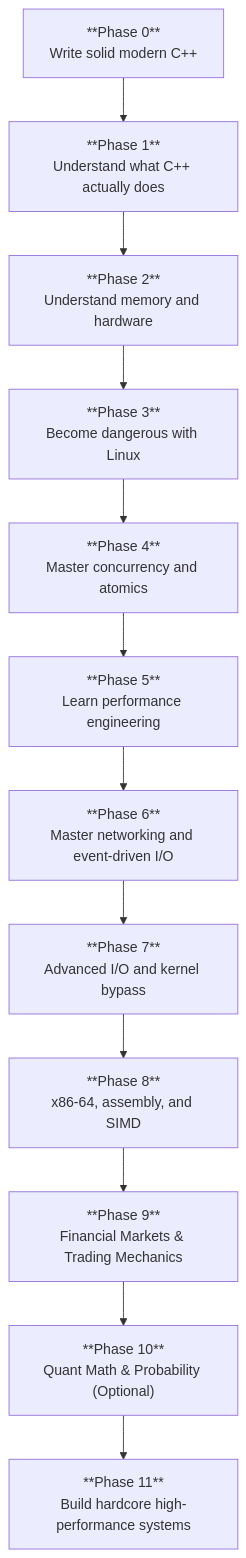
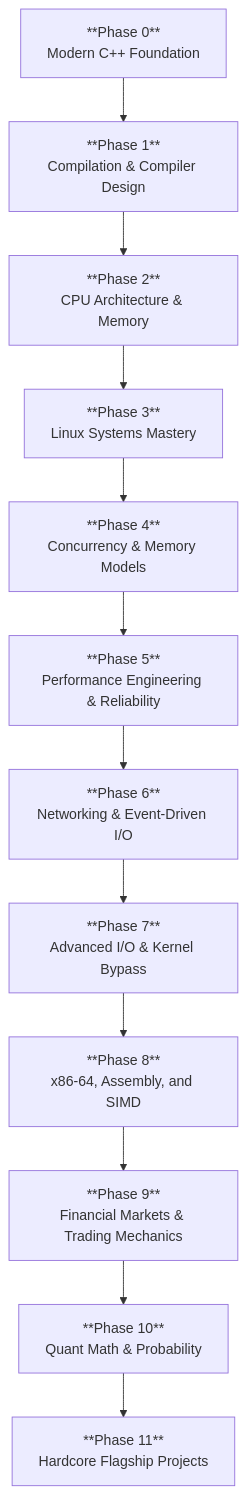
Before and after one commit to RustamSheoran/cpp-roadmap: the first of 7 diagrams in README.md, drawn with Mermaid. The commit also changed other lines of this file, not shown here.

````diff
--- a/README.md
+++ b/README.md
@@ -54,14 +54,14 @@
 ```mermaid
 flowchart TD
-    P0["**Phase 0**<br/>Write solid modern C++"] --> P1["**Phase 1**<br/>Understand what C++ actually does"]
-    P1 --> P2["**Phase 2**<br/>Understand memory and hardware"]
-    P2 --> P3["**Phase 3**<br/>Become dangerous with Linux"]
-    P3 --> P4["**Phase 4**<br/>Master concurrency and atomics"]
-    P4 --> P5["**Phase 5**<br/>Learn performance engineering"]
-    P5 --> P6["**Phase 6**<br/>Master networking and event-driven I/O"]
-    P6 --> P7["**Phase 7**<br/>Advanced I/O and kernel bypass"]
-    P7 --> P8["**Phase 8**<br/>x86-64, assembly, and SIMD"]
+    P0["**Phase 0**<br/>Modern C++ Foundation"] --> P1["**Phase 1**<br/>Compilation & Compiler Design"]
+    P1 --> P2["**Phase 2**<br/>CPU Architecture & Memory"]
+    P2 --> P3["**Phase 3**<br/>Linux Systems Mastery"]
+    P3 --> P4["**Phase 4**<br/>Concurrency & Memory Models"]
+    P4 --> P5["**Phase 5**<br/>Performance Engineering & Reliability"]
+    P5 --> P6["**Phase 6**<br/>Networking & Event-Driven I/O"]
+    P6 --> P7["**Phase 7**<br/>Advanced I/O & Kernel Bypass"]
+    P7 --> P8["**Phase 8**<br/>x86-64, Assembly, and SIMD"]
     P8 --> P9["**Phase 9**<br/>Financial Markets & Trading Mechanics"]
-    P9 --> P10["**Phase 10**<br/>Quant Math & Probability (Optional)"]
-    P10 --> P11["**Phase 11**<br/>Build hardcore high-performance systems"]
+    P9 --> P10["**Phase 10**<br/>Quant Math & Probability"]
+    P10 --> P11["**Phase 11**<br/>Hardcore Flagship Projects"]
 ```
````
